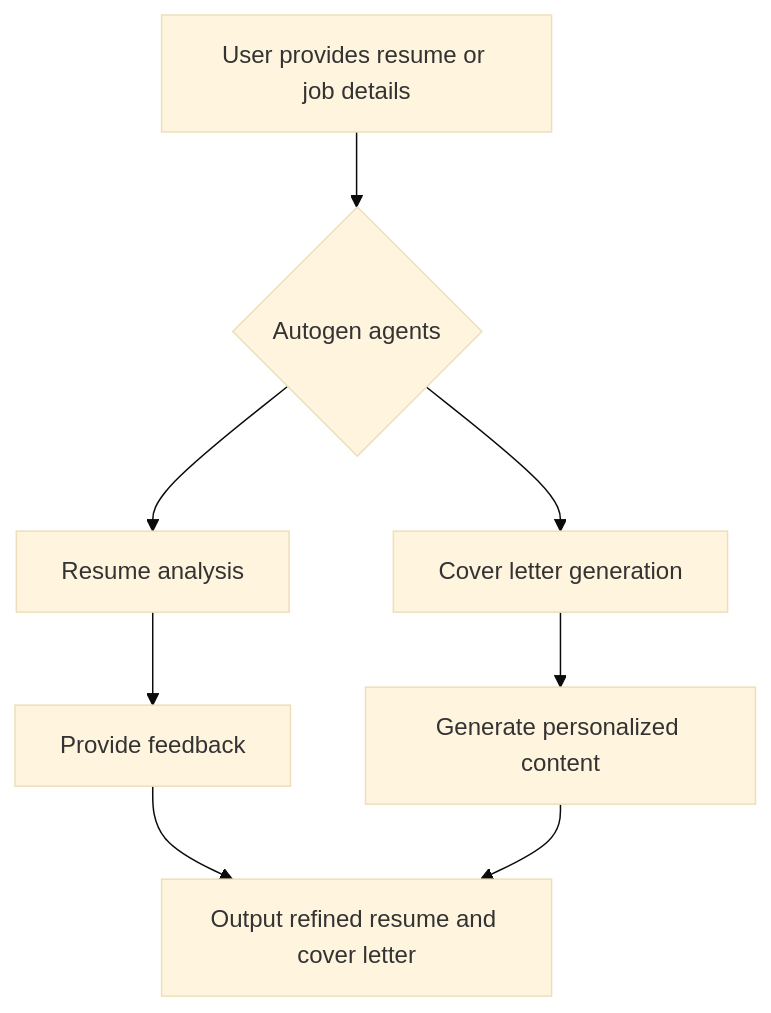
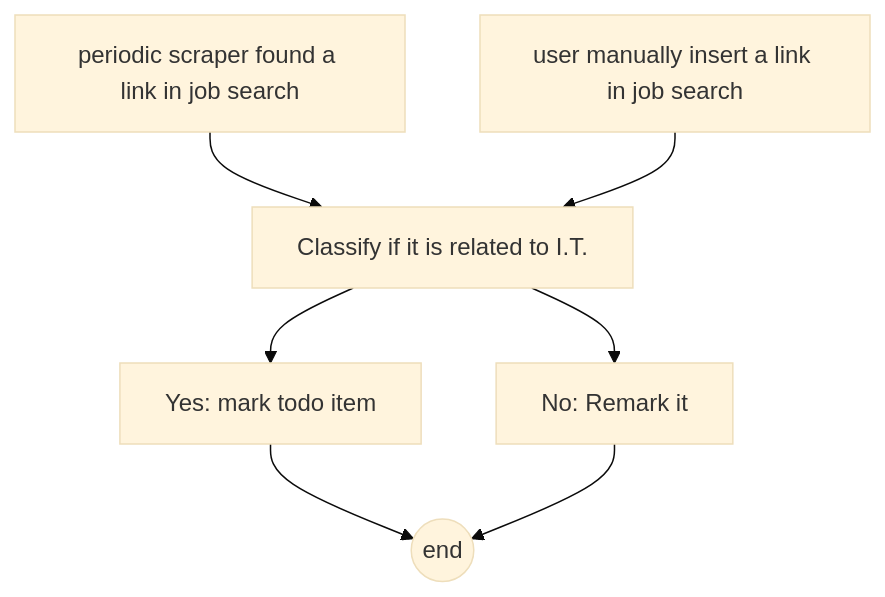
One commit to louiscklaw/autogen-resume-writer changed the second of 3 diagrams in README.md. Above: the diagram before and after it, drawn with Mermaid (base theme). The commit also changed other lines of this file, not shown here.

Commit message:
"Update README.md with detailed description, expanded architecture diagrams, new scraping workflows, and updated project credits"

````diff
--- a/README.md
+++ b/README.md
@@ -45,9 +54,13 @@
 ```mermaid
 graph TD;
-    A[User provides resume or job details] --> B{Autogen agents};
-    B --> C[Resume analysis];
-    B --> D[Cover letter generation];
-    C --> E[Provide feedback];
-    D --> F[Generate personalized content];
-    E & F --> G[Output refined resume and cover letter];
+  L1End((end))
+  A[periodic scraper found a link in job search]
+  B[user manually insert a link in job search]
+  C1[Yes: mark todo item]
+  C2[No: Remark it]
+  D[Classify if it is related to I.T.]
+  A --> D --> C1;
+  B --> D --> C2;
+  C1 --> L1End;
+  C2 --> L1End;
 ```
````
